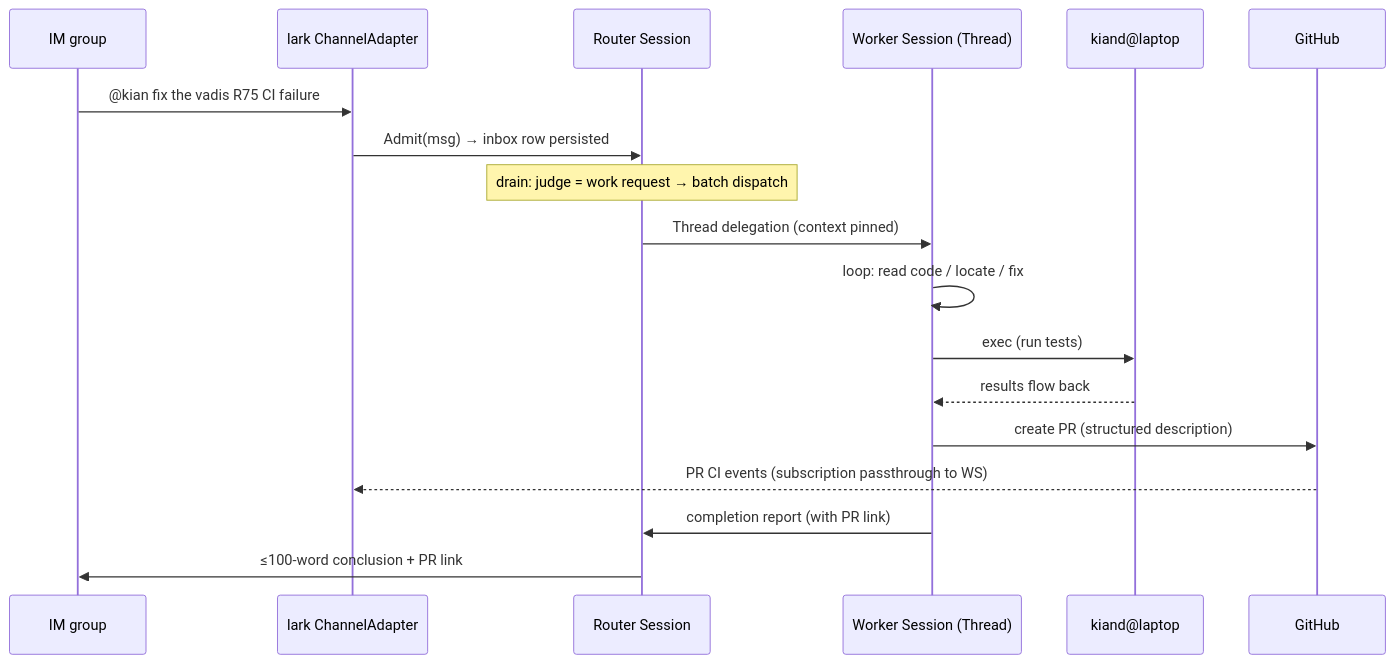
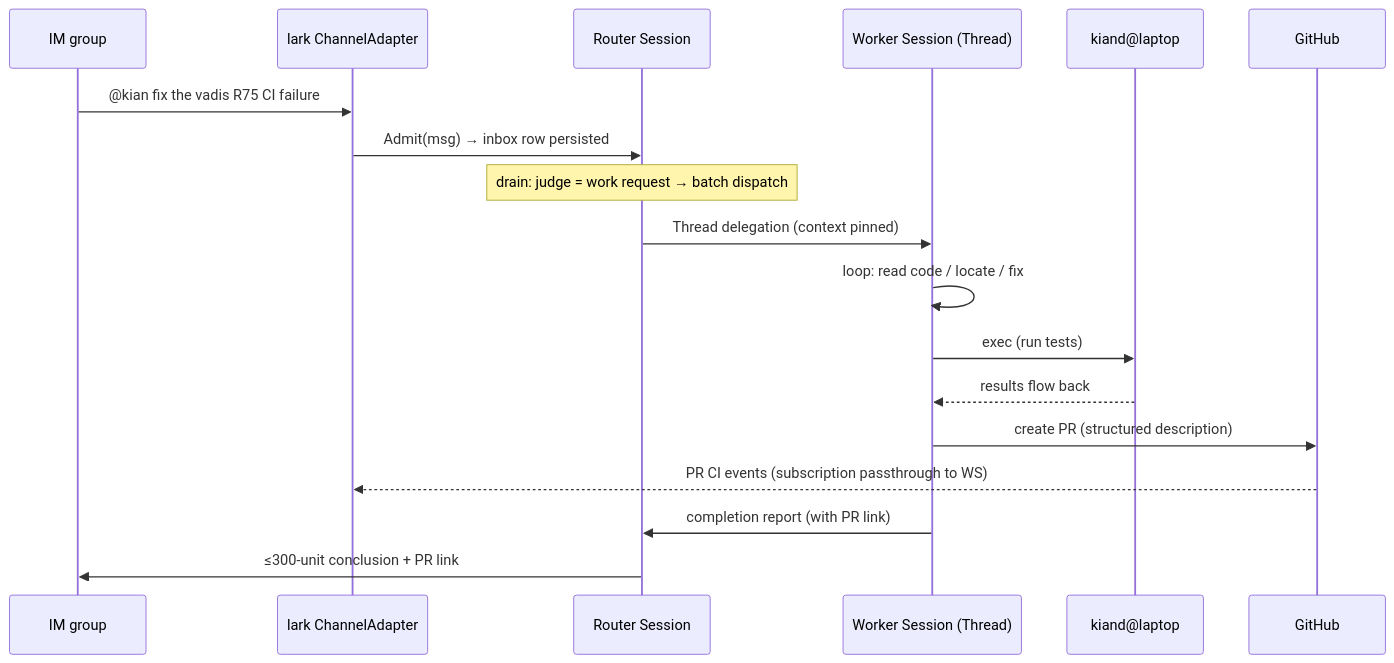
One commit to flyer103/kian changed the ninth of 9 diagrams in design/DESIGN.md. Above: the diagram before and after it, drawn with Mermaid. The commit also changed other lines of this file and 22 other files, not shown here.

````diff
--- a/design/DESIGN.md
+++ b/design/DESIGN.md
@@ -1811,20 +1811,20 @@
 ```mermaid
 sequenceDiagram
  participant IM as IM group
  participant CA as lark ChannelAdapter
  participant RS as Router Session
  participant WS as Worker Session (Thread)
  participant KD as kiand@laptop
  participant GH as GitHub
  IM->>CA: @kian fix the vadis R75 CI failure
  CA->>RS: Admit(msg) → inbox row persisted
  Note over RS: drain: judge = work request → batch dispatch
  RS->>WS: Thread delegation (context pinned)
  WS->>WS: loop: read code / locate / fix
  WS->>KD: exec (run tests)
  KD-->>WS: results flow back
  WS->>GH: create PR (structured description)
  GH-->>CA: PR CI events (subscription passthrough to WS)
  WS->>RS: completion report (with PR link)
- RS->>IM: ≤100-word conclusion + PR link
+ RS->>IM: ≤300-unit conclusion + PR link
 ```
````
